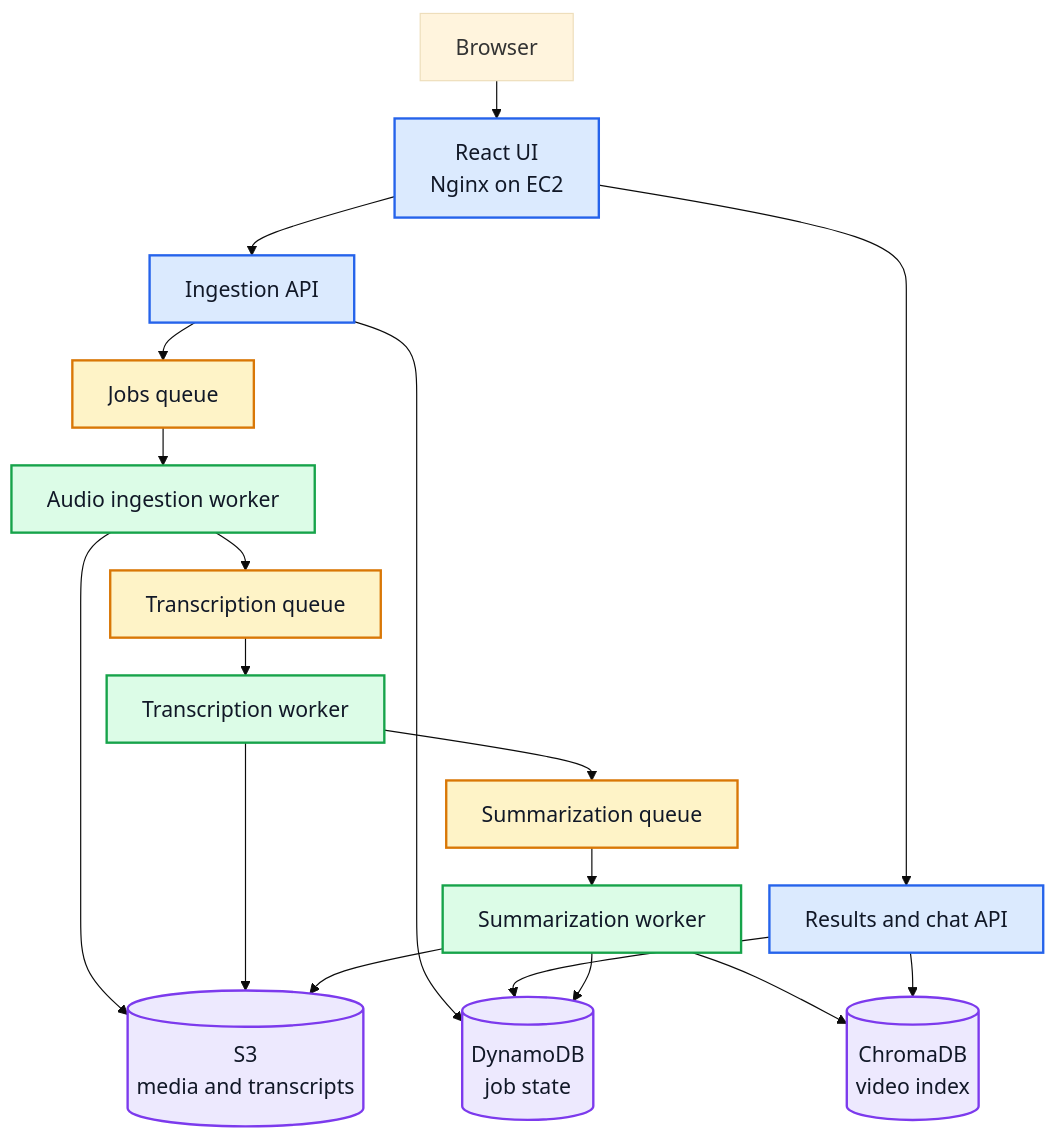
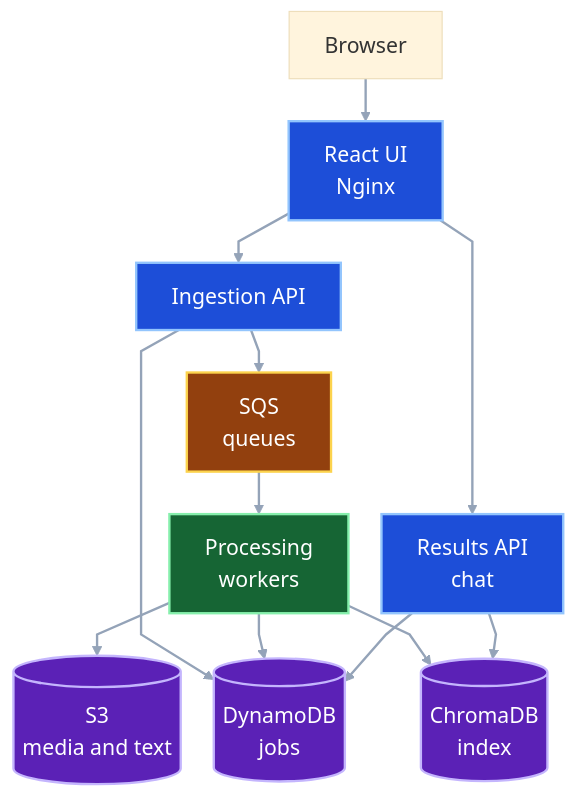
The diagram in README.md (TexZ-GenZ/Cloud_Project), drawn with Mermaid before and after one commit. The commit also changed other lines of this file, not shown here.

Commit message:
Simplify and clarify architecture diagram

````diff
--- a/README.md
+++ b/README.md
@@ -9,29 +9,24 @@
 ```mermaid
-%%{init: {"theme":"base","themeVariables":{"fontSize":"18px"},"flowchart":{"nodeSpacing":24,"rankSpacing":32}}}%%
+%%{init: {"theme":"base","themeVariables":{"fontSize":"18px","lineColor":"#94a3b8","textColor":"#f8fafc"},"flowchart":{"nodeSpacing":28,"rankSpacing":36,"curve":"linear"}}}%%
 flowchart TB
-    Browser[Browser] --> UI[React UI<br/>Nginx on EC2]
+    Browser[Browser] --> UI[React UI<br/>Nginx]
     UI --> IngestAPI[Ingestion API]
-    UI --> ResultsAPI[Results and chat API]
-    IngestAPI --> Q1[Jobs queue]
-    Q1 --> IngestWorker[Audio ingestion worker]
-    IngestWorker --> Q2[Transcription queue]
-    Q2 --> TranscribeWorker[Transcription worker]
-    TranscribeWorker --> Q3[Summarization queue]
-    Q3 --> SummarizeWorker[Summarization worker]
-    IngestAPI --> Jobs[(DynamoDB<br/>job state)]
+    UI --> ResultsAPI[Results API<br/>chat]
+    IngestAPI --> SQS[SQS<br/>queues]
+    SQS --> Workers[Processing<br/>workers]
+    Workers --> S3[(S3<br/>media and text)]
+    IngestAPI --> Jobs[(DynamoDB<br/>jobs)]
+    Workers --> Jobs
     ResultsAPI --> Jobs
-    IngestWorker --> S3[(S3<br/>media and transcripts)]
-    TranscribeWorker --> S3
-    SummarizeWorker --> S3
-    SummarizeWorker --> Jobs
-    SummarizeWorker --> Chroma[(ChromaDB<br/>video index)]
+    Workers --> Chroma[(ChromaDB<br/>index)]
     ResultsAPI --> Chroma
-    classDef api fill:#dbeafe,stroke:#2563eb,stroke-width:2px,color:#111827
-    classDef queue fill:#fef3c7,stroke:#d97706,stroke-width:2px,color:#111827
-    classDef worker fill:#dcfce7,stroke:#16a34a,stroke-width:2px,color:#111827
-    classDef data fill:#ede9fe,stroke:#7c3aed,stroke-width:2px,color:#111827
+    linkStyle default stroke:#94a3b8,stroke-width:2px
+    classDef api fill:#1d4ed8,stroke:#93c5fd,stroke-width:2px,color:#ffffff
+    classDef queue fill:#92400e,stroke:#fcd34d,stroke-width:2px,color:#ffffff
+    classDef worker fill:#166534,stroke:#86efac,stroke-width:2px,color:#ffffff
+    classDef data fill:#5b21b6,stroke:#c4b5fd,stroke-width:2px,color:#ffffff
     class UI,IngestAPI,ResultsAPI api
-    class Q1,Q2,Q3 queue
-    class IngestWorker,TranscribeWorker,SummarizeWorker worker
+    class SQS queue
+    class Workers worker
     class Jobs,S3,Chroma data
 ```
````
